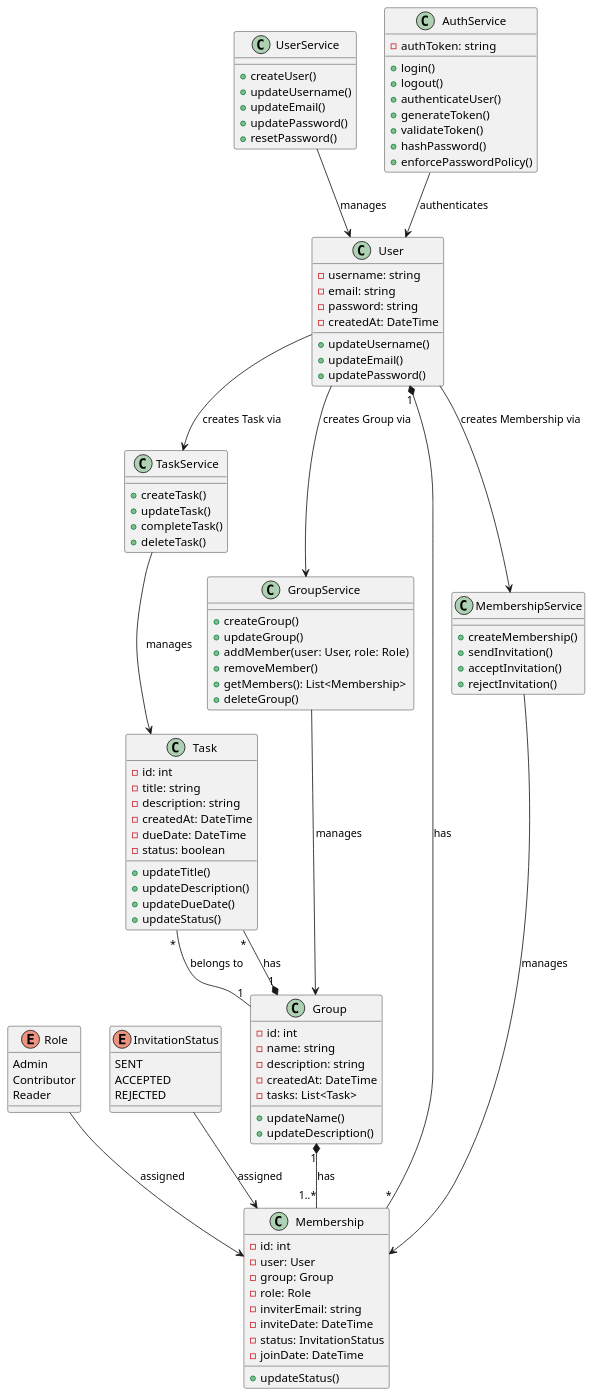
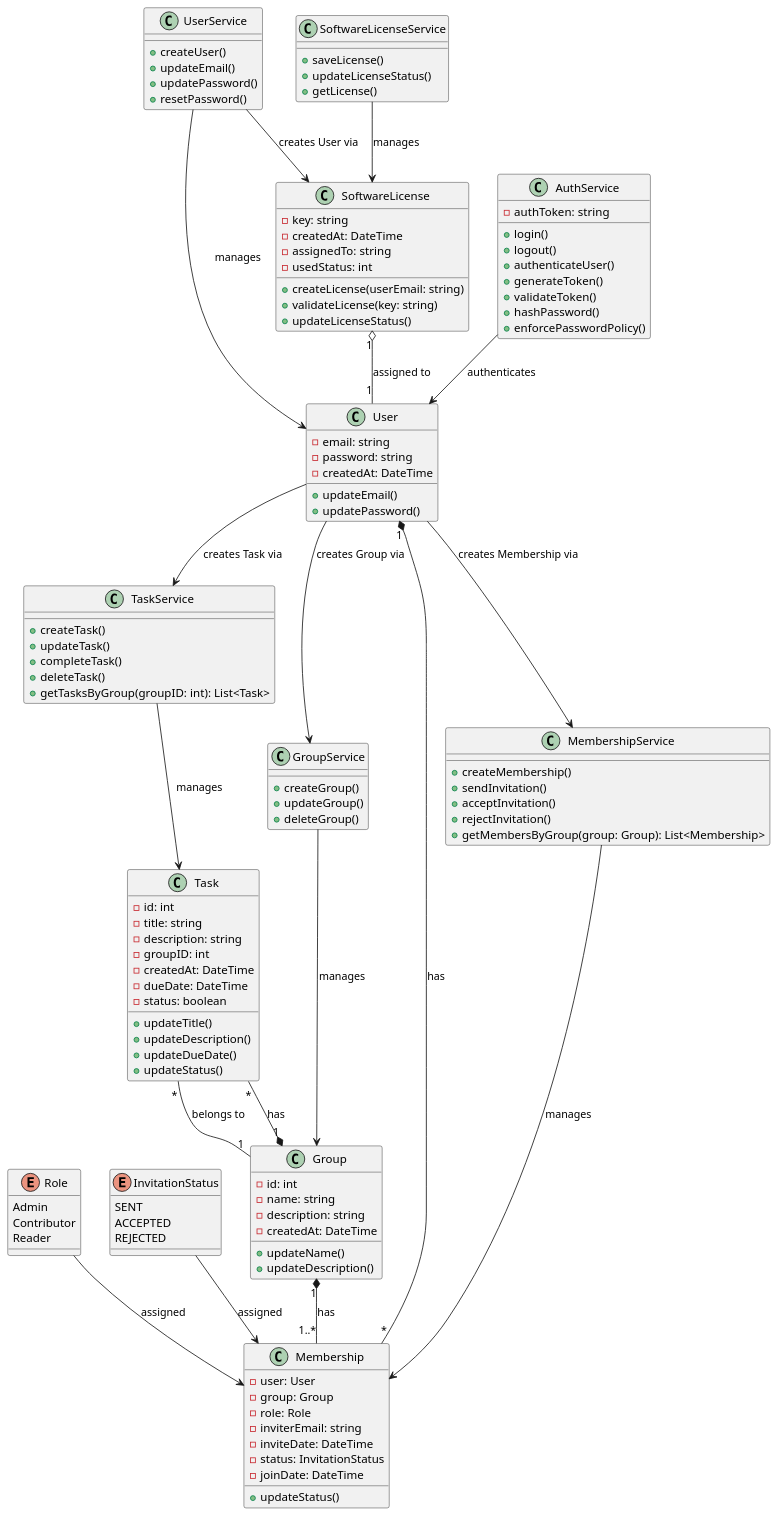
Before and after one commit to OmerEgeOzyaba/CSCI3100-project: the diagram in documentation/Design_Implementation/backend_class_uml.puml, drawn with PlantUML.

Commit message:
Made necessary updates according to meeting no:05, added software license class, made it consistent with the ERD

```diff
--- a/documentation/Design_Implementation/backend_class_uml.puml
+++ b/documentation/Design_Implementation/backend_class_uml.puml
@@ -1,125 +1,143 @@
 @startuml
 
 class User {
-	- username: string
 	- email: string
 	- password: string
 	- createdAt: DateTime
 '-------------------------------
-	+ updateUsername()
 	+ updateEmail()
 	+ updatePassword()
 }
 
 class UserService {
         + createUser()
-        + updateUsername()
         + updateEmail()
         + updatePassword()
         + resetPassword()
 }
 
 class Task {
 	- id: int
 	- title: string
 	- description: string
+	- groupID: int
 	- createdAt: DateTime
 	- dueDate: DateTime
 	- status: boolean
 '--------------------------------
 	+ updateTitle()
 	+ updateDescription()
 	+ updateDueDate()
 	+ updateStatus()
 }
 
 class TaskService {
         + createTask()
         + updateTask()
         + completeTask()
         + deleteTask()
+	+ getTasksByGroup(groupID: int): List<Task>
 }
 
 class Group {
 	- id: int
 	- name: string
 	- description: string
 	- createdAt: DateTime
-	- tasks: List<Task>
 '---------------------------------
 	+ updateName()
 	+ updateDescription()
 }
 
 class GroupService {
 	+ createGroup()
 	+ updateGroup()
-	+ addMember(user: User, role: Role)
-	+ removeMember()
-	+ getMembers(): List<Membership>
 	+ deleteGroup()
 }
 
 class Membership {
-	- id: int
 	- user: User
 	- group: Group
 	- role: Role
 	- inviterEmail: string
 	- inviteDate: DateTime
 	- status: InvitationStatus
 	- joinDate: DateTime
 '---------------------------------
 	+ updateStatus()
 }
 
 class MembershipService {
 	+ createMembership()
 	+ sendInvitation()
 	+ acceptInvitation()
 	+ rejectInvitation()
+        + getMembersByGroup(group: Group): List<Membership>
+
 }
 
 class AuthService {
 	- authToken: string
 '---------------------------------
 	+ login()
 	+ logout()
 	+ authenticateUser()
 	+ generateToken()
 	+ validateToken()
 	+ hashPassword()
 	+ enforcePasswordPolicy()
+}
+
+class SoftwareLicense {
+	- key: string
+	- createdAt: DateTime
+	- assignedTo: string
+		' assigned to the email address of a user
+	- usedStatus: int
+'---------------------------------
+	+ createLicense(userEmail: string)
+	+ validateLicense(key: string)
+	+ updateLicenseStatus()
+}
+
+class SoftwareLicenseService {
+	+ saveLicense()
+	+ updateLicenseStatus()
+	+ getLicense()
 }
 
 enum Role {
         Admin
         Contributor
         Reader
 }
 
 enum InvitationStatus {
         SENT
         ACCEPTED
         REJECTED
 }
 
 User --> TaskService: creates Task via
 User --> GroupService: creates Group via
 User --> MembershipService: creates Membership via
 User "1" *-- "*" Membership: has
 AuthService --> User: authenticates
 UserService --> User: manages
 
 TaskService --> Task: manages
 Task "*" -- "1" Group: belongs to
 
 GroupService --> Group: manages
 Group "1" *-- "1..*" Membership: has
 Group "1" *-- "*" Task: has
 
 MembershipService --> Membership: manages
 Role --> Membership: assigned
 InvitationStatus --> Membership: assigned
 
+SoftwareLicense "1" o-- "1" User: assigned to 
+UserService --> SoftwareLicense: creates User via
+SoftwareLicenseService --> SoftwareLicense: manages
+
 @enduml
```
